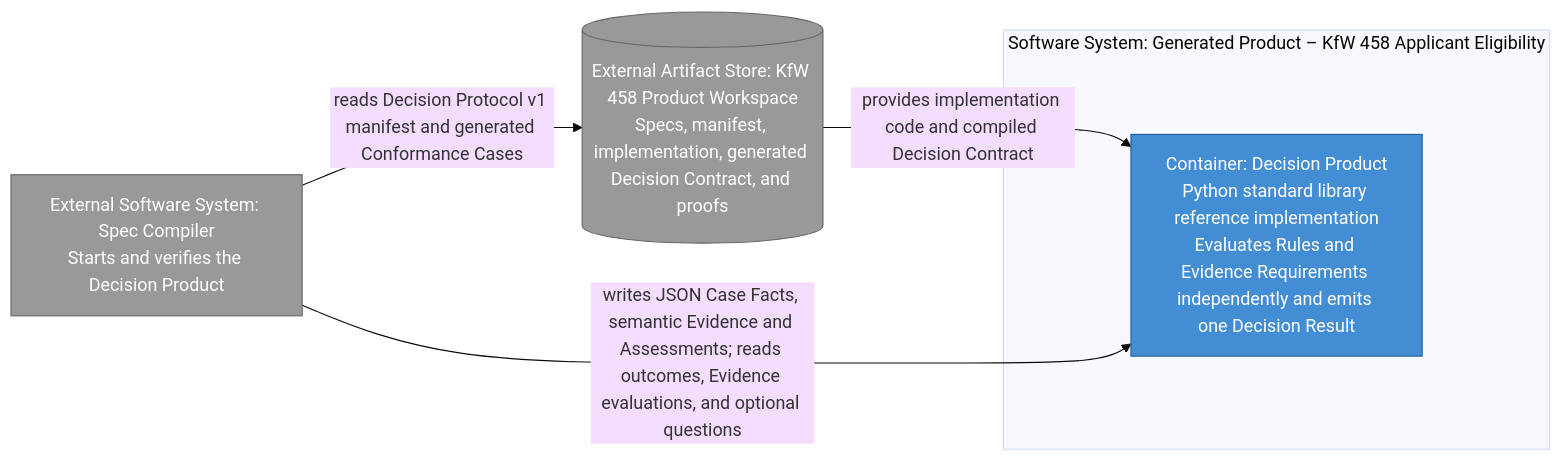
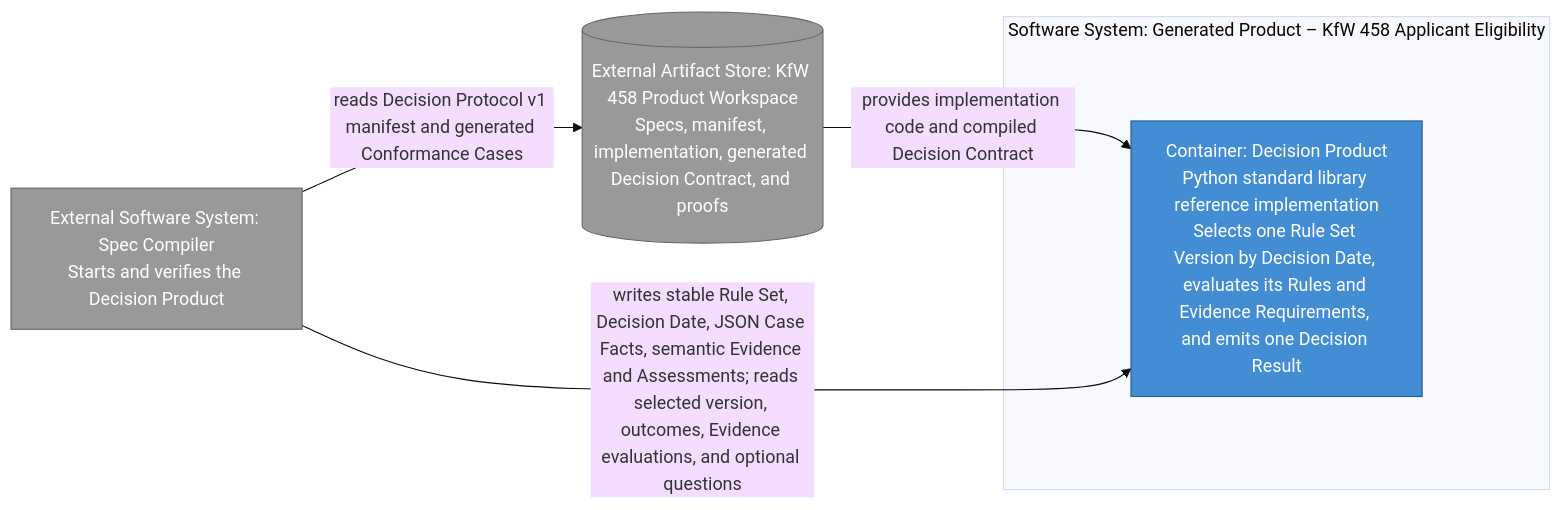
The fourth of 6 diagrams in docs/architecture/c4.md (arturmiller/spec-compiler), drawn with Mermaid (base theme) before and after one commit. The commit also changed other lines of this file and 23 other files, not shown here.

Commit message:
Implement temporal rule-set selection (fixes #5)

````diff
--- a/docs/architecture/c4.md
+++ b/docs/architecture/c4.md
@@ -181,18 +181,18 @@
 ```mermaid
 flowchart LR
     harness["External Software System: Spec Compiler<br/>Starts and verifies the Decision Product"]
     workspace[("External Artifact Store: KfW 458 Product Workspace<br/>Specs, manifest, implementation, generated Decision Contract, and proofs")]
 
     subgraph product_boundary["Software System: Generated Product – KfW 458 Applicant Eligibility"]
-        decision_product["Container: Decision Product<br/>Python standard library reference implementation<br/>Evaluates Rules and Evidence Requirements independently and emits one Decision Result"]
+        decision_product["Container: Decision Product<br/>Python standard library reference implementation<br/>Selects one Rule Set Version by Decision Date, evaluates its Rules and Evidence Requirements, and emits one Decision Result"]
     end
 
     harness -->|"reads Decision Protocol v1 manifest and generated Conformance Cases"| workspace
     workspace -->|"provides implementation code and compiled Decision Contract"| decision_product
-    harness -->|"writes JSON Case Facts, semantic Evidence and Assessments; reads outcomes, Evidence evaluations, and optional questions"| decision_product
+    harness -->|"writes stable Rule Set, Decision Date, JSON Case Facts, semantic Evidence and Assessments; reads selected version, outcomes, Evidence evaluations, and optional questions"| decision_product
 
     classDef container fill:#438dd5,stroke:#1f5f99,color:#fff;
     classDef external fill:#999,stroke:#666,color:#fff;
     class decision_product container;
     class harness,workspace external;
 ```
````
